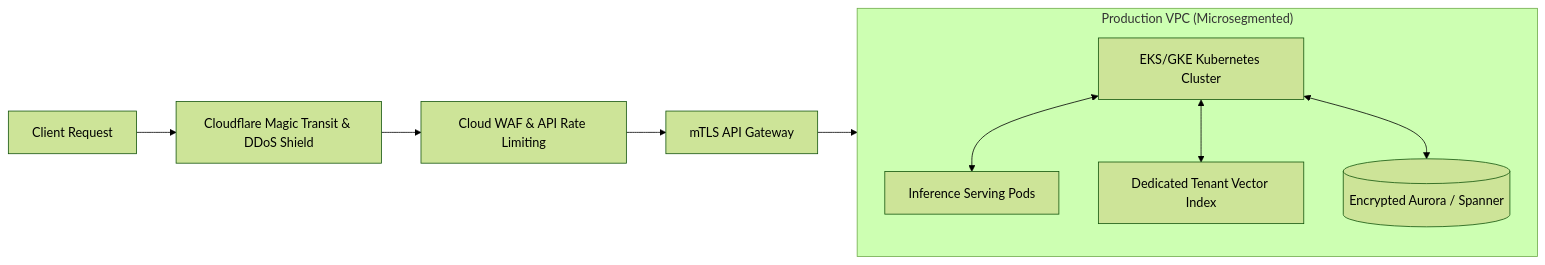
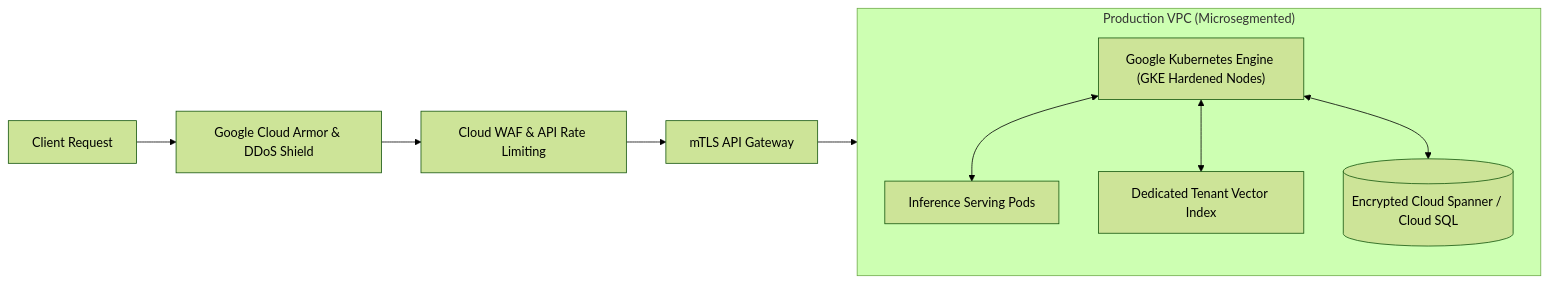
Before and after one commit to Auctoric/auctoric-compliance-framework: the diagram in docs/security-trust/information-security-policy.md, drawn with Mermaid (forest theme). The commit also changed other lines of this file and 20 other files, not shown here.

````diff
--- a/docs/security-trust/information-security-policy.md
+++ b/docs/security-trust/information-security-policy.md
@@ -73,16 +73,16 @@
 ```mermaid
 flowchart LR
-    User["Client Request"] --> DDoS["Cloudflare Magic Transit & DDoS Shield"]
+    User["Client Request"] --> DDoS["Google Cloud Armor & DDoS Shield"]
     DDoS --> WAF["Cloud WAF & API Rate Limiting"]
     WAF --> mTLS["mTLS API Gateway"]
-    mTLS --> VPC["Isolated Production VPC"]
+    mTLS --> VPC["Isolated Production VPC (GCP)"]
     subgraph VPC["Production VPC (Microsegmented)"]
-        K8s["EKS/GKE Kubernetes Cluster"]
+        K8s["Google Kubernetes Engine (GKE Hardened Nodes)"]
         LLM["Inference Serving Pods"]
         Vector["Dedicated Tenant Vector Index"]
-        DB[(Encrypted Aurora / Spanner)]
+        DB[(Encrypted Cloud Spanner / Cloud SQL)]
     end
     K8s <--> LLM
     K8s <--> Vector
     K8s <--> DB
 ```
````
